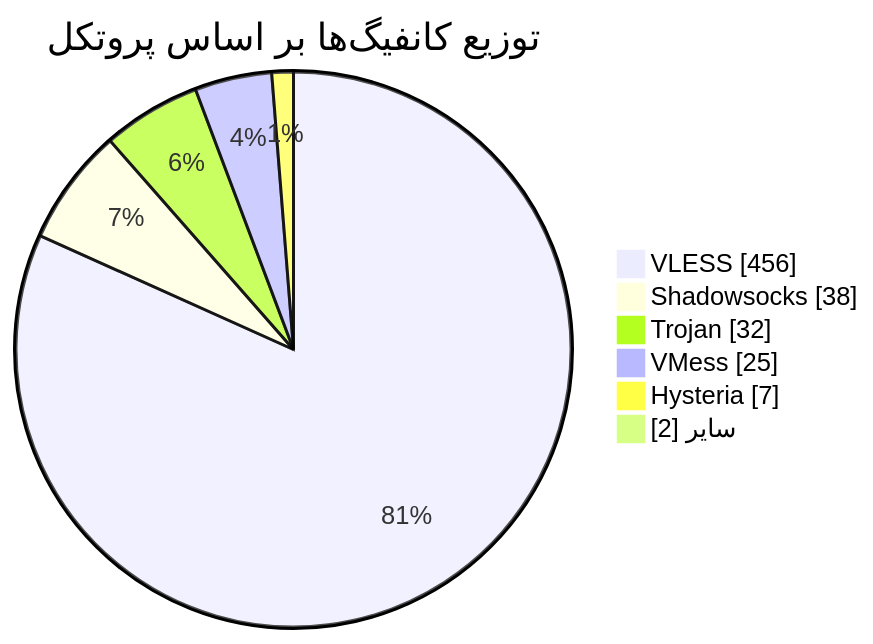
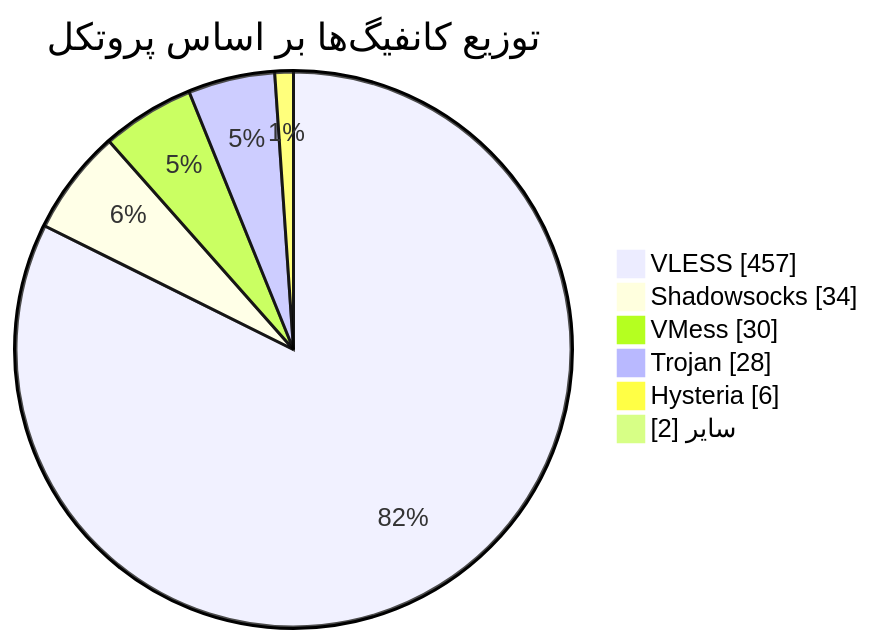
Before and after one commit to Arian-Alijani/Somthing: the diagram in README.md, drawn with Mermaid. The commit also changed other lines of this file and 89 other files, not shown here.

````diff
--- a/README.md
+++ b/README.md
@@ -48,10 +48,10 @@
 ```mermaid
 pie showData
     title توزیع کانفیگ‌ها بر اساس پروتکل
-    "VLESS" : 456
-    "Shadowsocks" : 38
-    "Trojan" : 32
-    "VMess" : 25
-    "Hysteria" : 7
+    "VLESS" : 457
+    "Shadowsocks" : 34
+    "VMess" : 30
+    "Trojan" : 28
+    "Hysteria" : 6
     "سایر" : 2
 ```
````
